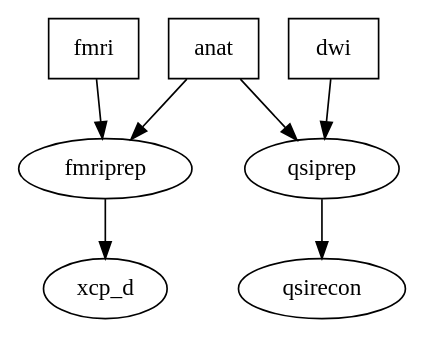
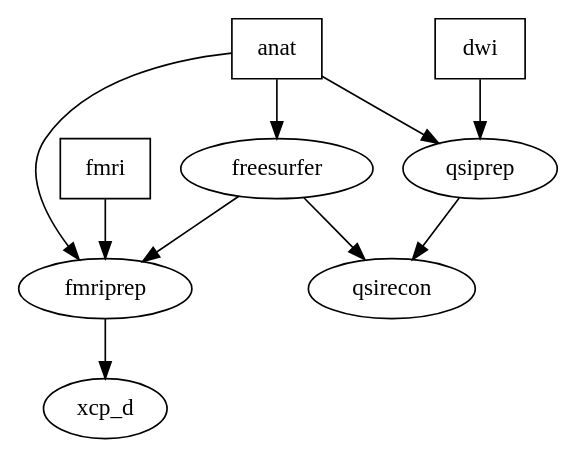
The diagram in docs/source/UPPMAX.rst (psychmedImaging/rtd-psykserver), drawn with Graphviz before and after one commit.

Commit message:
Update workflow

```diff
--- a/docs/source/UPPMAX.rst
+++ b/docs/source/UPPMAX.rst
@@ -12,13 +12,16 @@
 .. graphviz::
 
    digraph {
       "anat" [shape=box];
       "dwi" [shape=box];
       "fmri" [shape=box];
       "anat" -> "fmriprep";
       "anat" -> "qsiprep";
+      "anat" -> "freesurfer";
       "fmri" -> "fmriprep";
       "dwi" -> "qsiprep";
       "qsiprep" -> "qsirecon";
       "fmriprep" -> "xcp_d";
+      "freesurfer" -> "fmriprep";
+      "freesurfer" -> "qsirecon";
    }
```
